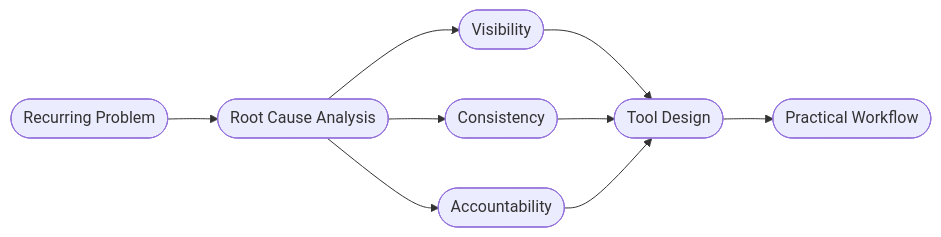
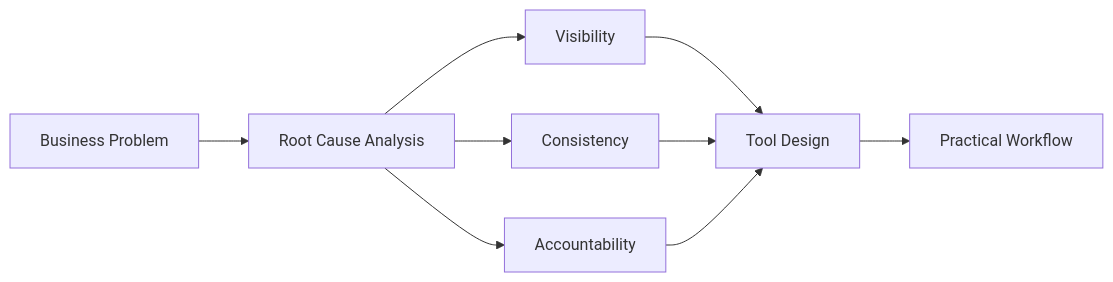
One commit to HyVoid/About-me changed the first of 3 diagrams in README.md. Above: the diagram before and after it, drawn with Mermaid. The commit also changed other lines of this file, not shown here.

````diff
--- a/README.md
+++ b/README.md
@@ -36,11 +52,11 @@
 ```mermaid
 flowchart LR
-    A([Recurring Problem]) --> B([Root Cause Analysis])
-    B --> C([Visibility])
-    B --> D([Consistency])
-    B --> E([Accountability])
-    C --> F([Tool Design])
+    A[Business Problem] --> B[Root Cause Analysis]
+    B --> C[Visibility]
+    B --> D[Consistency]
+    B --> E[Accountability]
+    C --> F[Tool Design]
     D --> F
     E --> F
-    F --> G([Practical Workflow])
+    F --> G[Practical Workflow]
 ```
````
